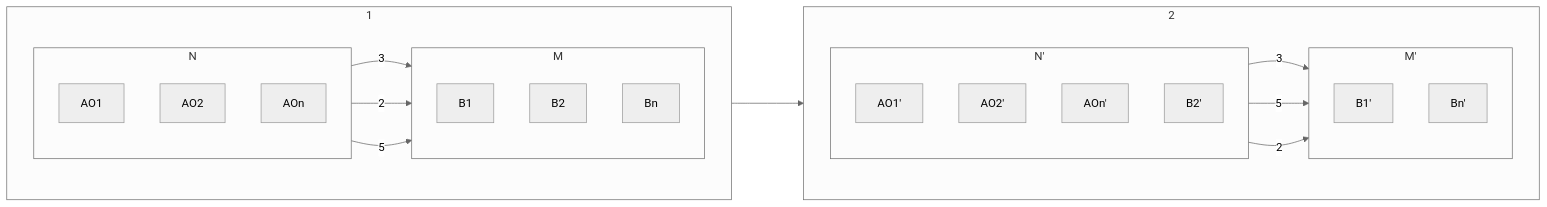
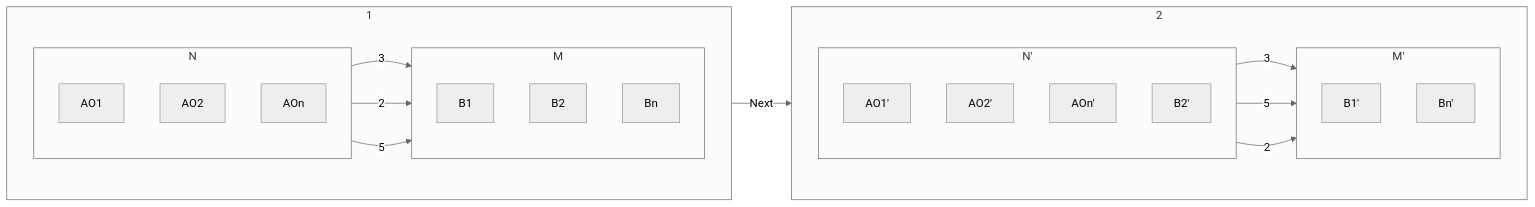
One commit to dzylikecode/CS-algorithms changed the fourth of 4 diagrams in dijkstra/README.md. Above: the diagram before and after it, drawn with Mermaid (neutral theme). The commit also changed 1 other file, not shown here.

Commit message:
modify index

````diff
--- a/dijkstra/README.md
+++ b/dijkstra/README.md
@@ -47,41 +47,41 @@
 ```mermaid
 flowchart LR
   subgraph 1
     direction LR
     subgraph N
       direction TB
       AO1
       AO2
       AOn
     end
     subgraph M
       direction TB
       B1
       B2
       Bn
     end
     AO1 -- "3" --> B1
     AO1 -- "2" --> B2
     AOn -- "5" --> Bn
   end
   subgraph 2
     direction LR
     subgraph N'
       direction TB
       AO1'
       AO2'
       AOn'
       B2'
     end
     subgraph M'
       direction TB
       B1'
       Bn'
     end
     AO1' -- "3" --> B1'
     AOn' -- "5" --> Bn'
     B2' -- "2" --> Bn'
   end
 
-  1 ---> 2
+  1 -- "Next" --> 2
 ```
````
